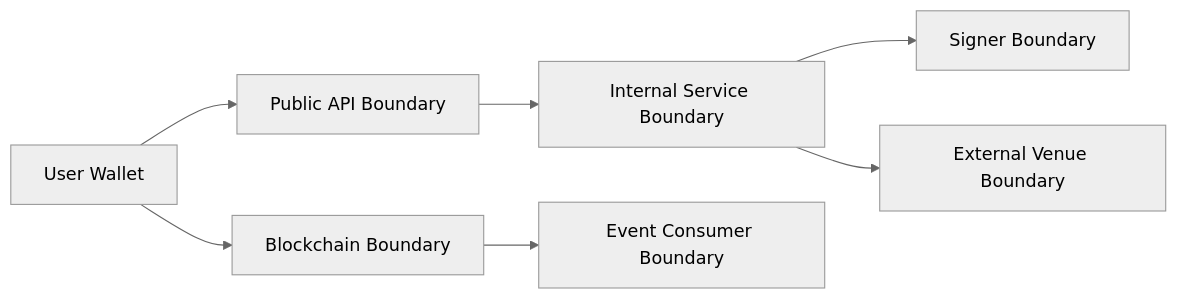
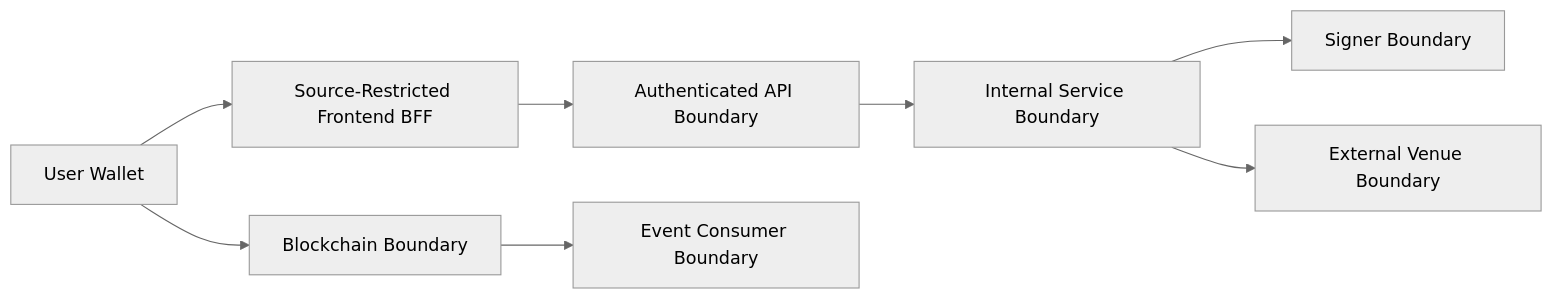
The diagram in docs/security/threat-model.md (alvis-ai/production-grade-web3-rfq-market-maker), drawn with Mermaid (neutral theme) before and after one commit. The commit also changed other lines of this file and 39 other files, not shown here.

````diff
--- a/docs/security/threat-model.md
+++ b/docs/security/threat-model.md
@@ -20,9 +21,10 @@
 ```mermaid
 flowchart LR
-  User[User Wallet] --> API[Public API Boundary]
+  User[User Wallet] --> BFF[Source-Restricted Frontend BFF]
+  BFF --> API[Authenticated API Boundary]
   API --> Internal[Internal Service Boundary]
   Internal --> Signer[Signer Boundary]
   User --> Chain[Blockchain Boundary]
   Chain --> Indexer[Event Consumer Boundary]
   Internal --> Hedge[External Venue Boundary]
 ```
````
